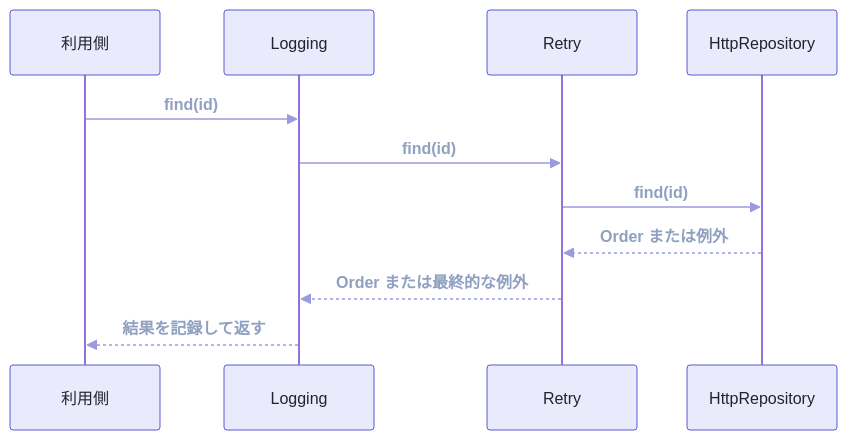
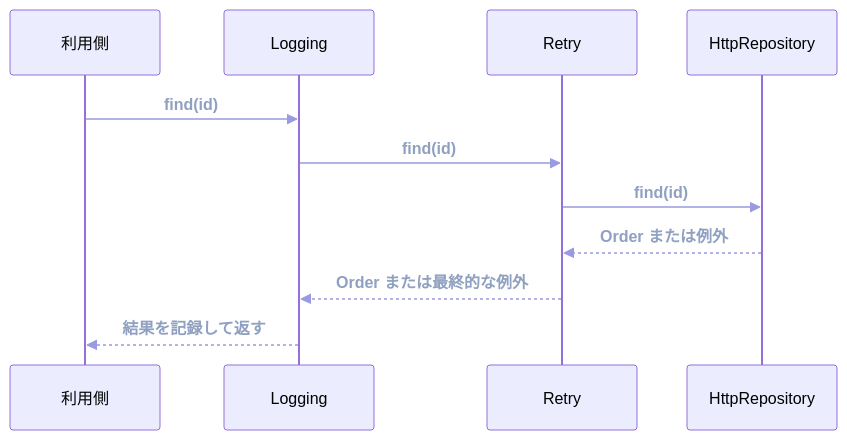
Before and after one commit to nagahara-naoki/zenn: the diagram in articles/05cf1b6ed1c352.md, drawn with Mermaid.

Commit message:
DecoratorパターンをTypeScriptで理解する

````diff
--- a/articles/05cf1b6ed1c352.md
+++ b/articles/05cf1b6ed1c352.md
@@ -54,14 +54,14 @@
 ```mermaid
-%%{init: {'sequence': {'messageFontWeight': 'bold', 'messageFontSize': 15}, 'themeVariables': {'actorBkg': '#eaeafd', 'actorBorder': '#5b5bd6', 'actorTextColor': '#1f2430', 'signalColor': '#9a9ae0', 'signalTextColor': '#8fa0c0', 'labelBoxBkgColor': '#eaeafd', 'labelTextColor': '#1f2430', 'noteBkgColor': '#eaeafd', 'noteTextColor': '#1f2430', 'noteBorderColor': '#5b5bd6'}}}%%
+%%{init: {'sequence': {'messageFontWeight': 'bold', 'messageFontSize': 15}, 'themeVariables': {'signalColor': '#9a9ae0', 'signalTextColor': '#8fa0c0'}}}%%
 sequenceDiagram
     participant U as 利用側
     participant L as Logging
     participant R as Retry
     participant H as HttpRepository
     U->>L: find(id)
     L->>R: find(id)
     R->>H: find(id)
     H-->>R: Order または例外
     R-->>L: Order または最終的な例外
     L-->>U: 結果を記録して返す
 ```
````
